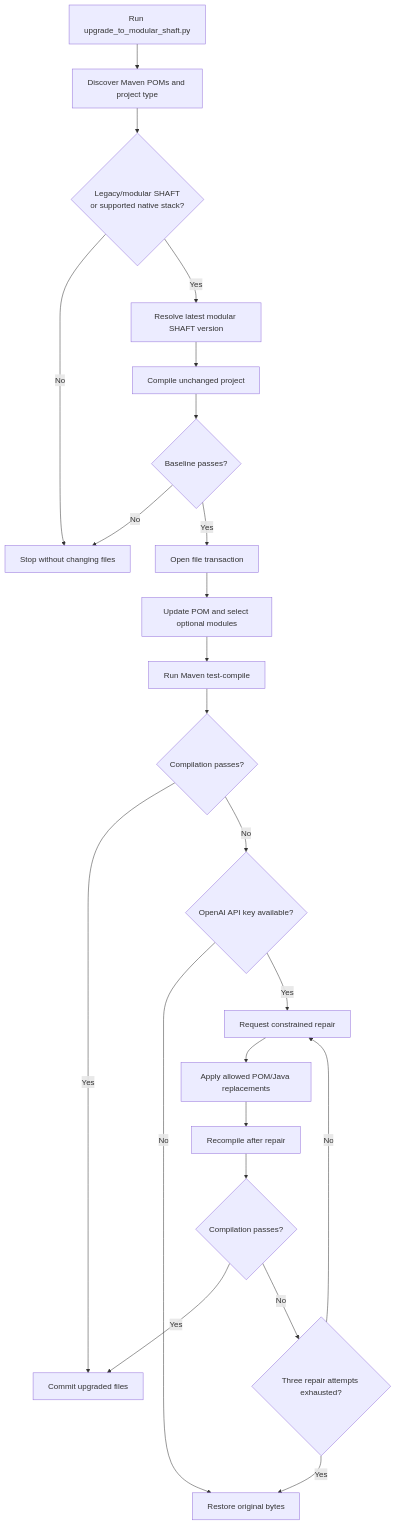
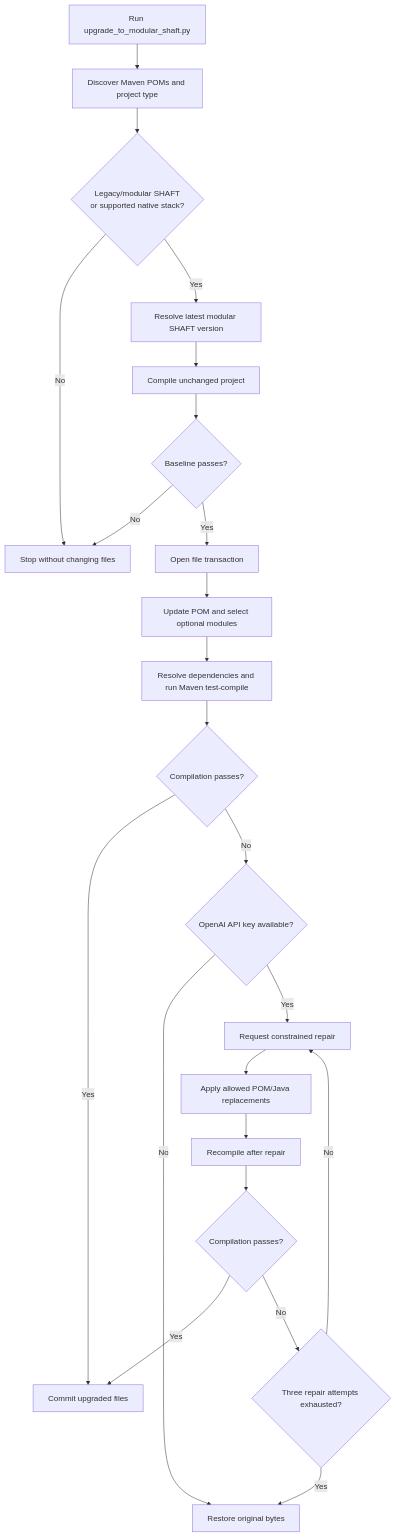
One commit to ShaftHQ/shafthq.github.io changed the first of 4 diagrams in docs/start/upgrade.mdx. Above: the diagram before and after it, drawn with Mermaid. The commit also changed other lines of this file and 2 other files, not shown here.

Commit message:
Document enhanced SHAFT upgrader flow (#547)

````diff
--- a/docs/start/upgrade.mdx
+++ b/docs/start/upgrade.mdx
@@ -57,25 +60,25 @@
 ```mermaid
 flowchart TD
     Start["Run upgrade_to_modular_shaft.py"] --> Discover["Discover Maven POMs and project type"]
     Discover --> Supported{"Legacy/modular SHAFT<br/>or supported native stack?"}
     Supported -- No --> Stop["Stop without changing files"]
     Supported -- Yes --> Resolve["Resolve latest modular SHAFT version"]
     Resolve --> Baseline["Compile unchanged project"]
     Baseline --> BaselinePass{"Baseline passes?"}
     BaselinePass -- No --> Stop
     BaselinePass -- Yes --> Snapshot["Open file transaction"]
     Snapshot --> Upgrade["Update POM and select optional modules"]
-    Upgrade --> Compile["Run Maven test-compile"]
+    Upgrade --> Compile["Resolve dependencies and run Maven test-compile"]
     Compile --> Pass{"Compilation passes?"}
     Pass -- Yes --> Commit["Commit upgraded files"]
     Pass -- No --> Key{"OpenAI API key available?"}
     Key -- No --> Rollback["Restore original bytes"]
     Key -- Yes --> Repair["Request constrained repair"]
     Repair --> Retry["Apply allowed POM/Java replacements"]
     Retry --> AICompile["Recompile after repair"]
     AICompile --> AIPass{"Compilation passes?"}
     AIPass -- Yes --> Commit
     AIPass -- No --> Attempts{"Three repair attempts exhausted?"}
     Attempts -- No --> Repair
     Attempts -- Yes --> Rollback
 ```
````
